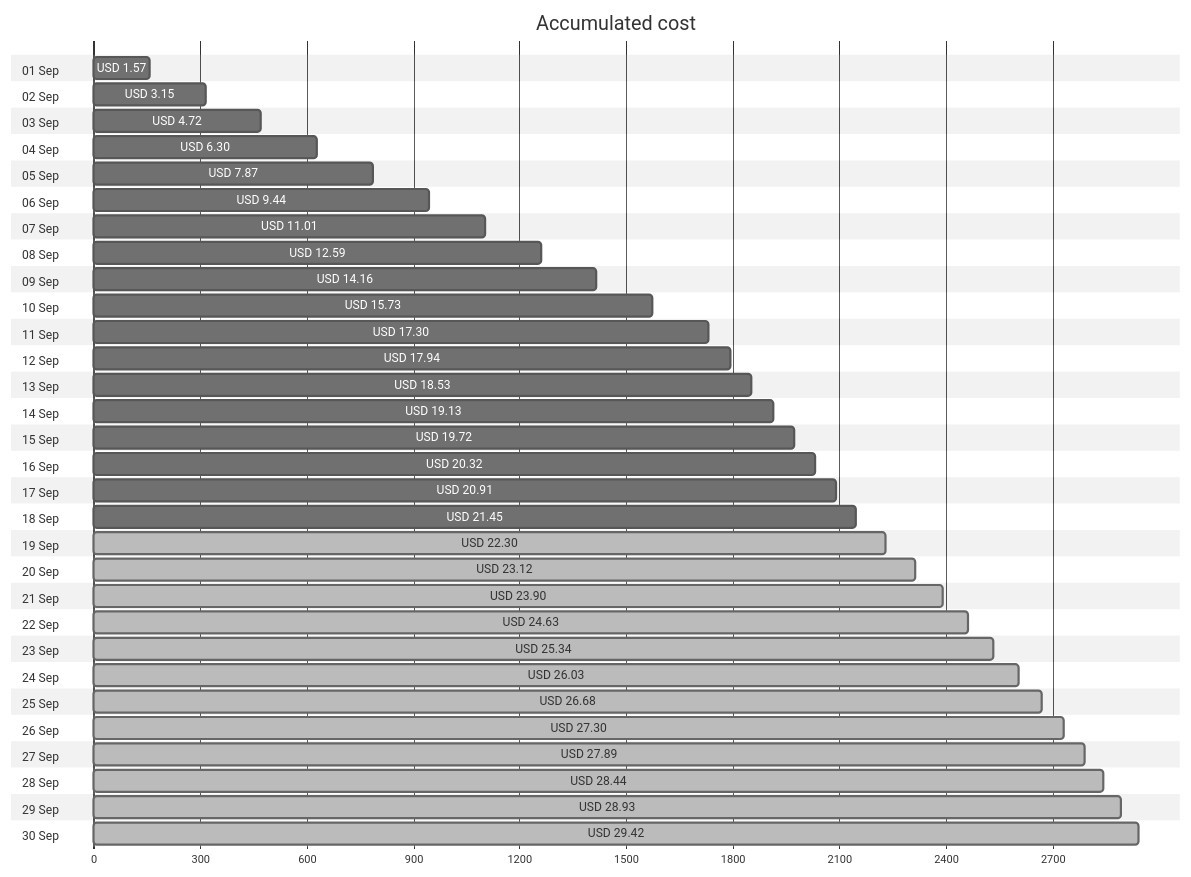
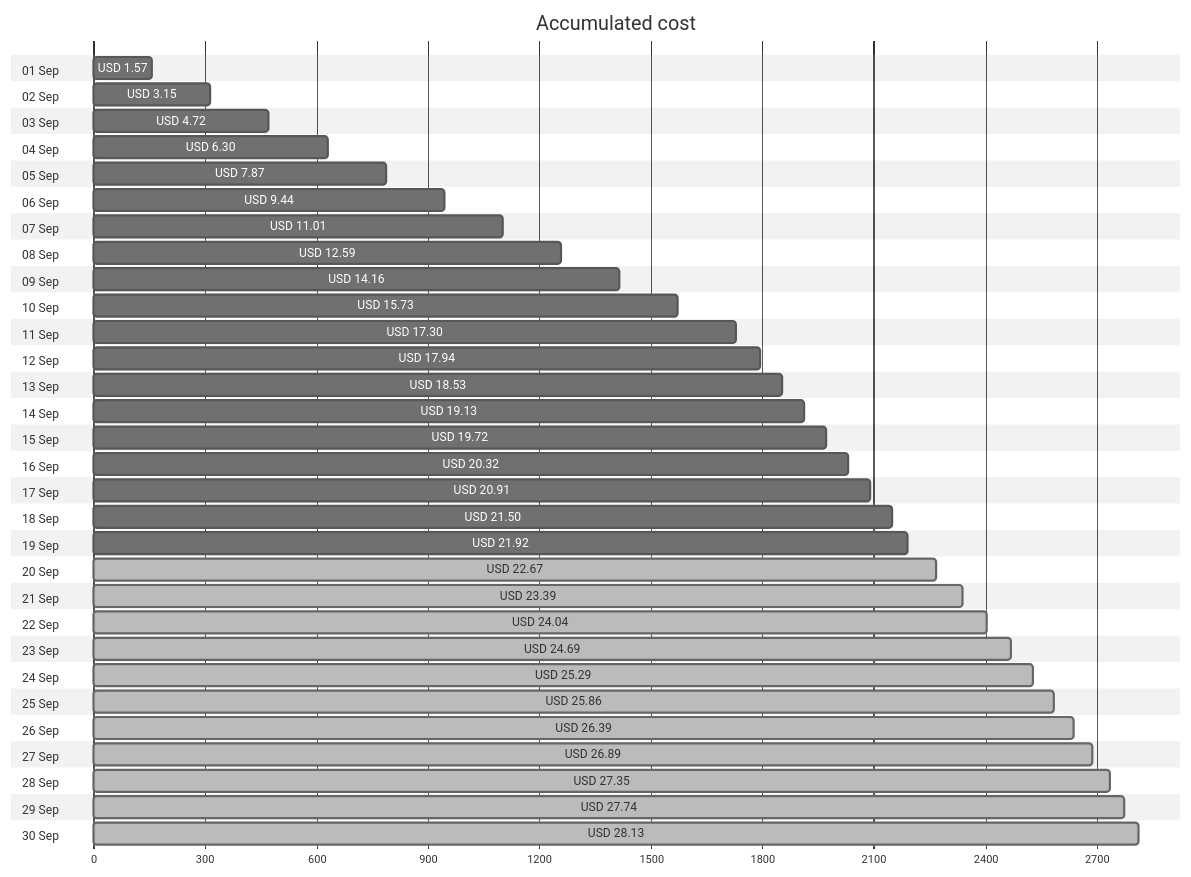
One commit to jpfulton/azure-personal-reports changed the first of 4 diagrams in cost-reports/personal-site/README.md. Above: the diagram before and after it, drawn with Mermaid (neutral theme). The commit also changed other lines of this file and 7 other files, not shown here.

````diff
--- a/cost-reports/personal-site/README.md
+++ b/cost-reports/personal-site/README.md
@@ -20,66 +20,66 @@
 ```mermaid
 gantt
    title Accumulated cost
    dateFormat  X
    axisFormat %s
    section 01 Sep
    USD 1.57 :0, 157
    section 02 Sep
    USD 3.15 :0, 315
    section 03 Sep
    USD 4.72 :0, 472
    section 04 Sep
    USD 6.30 :0, 630
    section 05 Sep
    USD 7.87 :0, 787
    section 06 Sep
    USD 9.44 :0, 944
    section 07 Sep
    USD 11.01 :0, 1101
    section 08 Sep
    USD 12.59 :0, 1259
    section 09 Sep
    USD 14.16 :0, 1416
    section 10 Sep
    USD 15.73 :0, 1573
    section 11 Sep
    USD 17.30 :0, 1730
    section 12 Sep
    USD 17.94 :0, 1794
    section 13 Sep
    USD 18.53 :0, 1853
    section 14 Sep
    USD 19.13 :0, 1913
    section 15 Sep
    USD 19.72 :0, 1972
    section 16 Sep
    USD 20.32 :0, 2032
    section 17 Sep
    USD 20.91 :0, 2091
    section 18 Sep
-   USD 21.45 :0, 2145
+   USD 21.50 :0, 2150
    section 19 Sep
-   USD 22.30 : done, 0, 2230
+   USD 21.92 :0, 2192
    section 20 Sep
-   USD 23.12 : done, 0, 2312
+   USD 22.67 : done, 0, 2267
    section 21 Sep
-   USD 23.90 : done, 0, 2390
+   USD 23.39 : done, 0, 2339
    section 22 Sep
-   USD 24.63 : done, 0, 2463
+   USD 24.04 : done, 0, 2404
    section 23 Sep
-   USD 25.34 : done, 0, 2534
+   USD 24.69 : done, 0, 2469
    section 24 Sep
-   USD 26.03 : done, 0, 2603
+   USD 25.29 : done, 0, 2529
    section 25 Sep
-   USD 26.68 : done, 0, 2668
+   USD 25.86 : done, 0, 2586
    section 26 Sep
-   USD 27.30 : done, 0, 2730
+   USD 26.39 : done, 0, 2639
    section 27 Sep
-   USD 27.89 : done, 0, 2789
+   USD 26.89 : done, 0, 2689
    section 28 Sep
-   USD 28.44 : done, 0, 2844
+   USD 27.35 : done, 0, 2735
    section 29 Sep
-   USD 28.93 : done, 0, 2893
+   USD 27.74 : done, 0, 2774
    section 30 Sep
-   USD 29.42 : done, 0, 2942
+   USD 28.13 : done, 0, 2813
 ```
````
